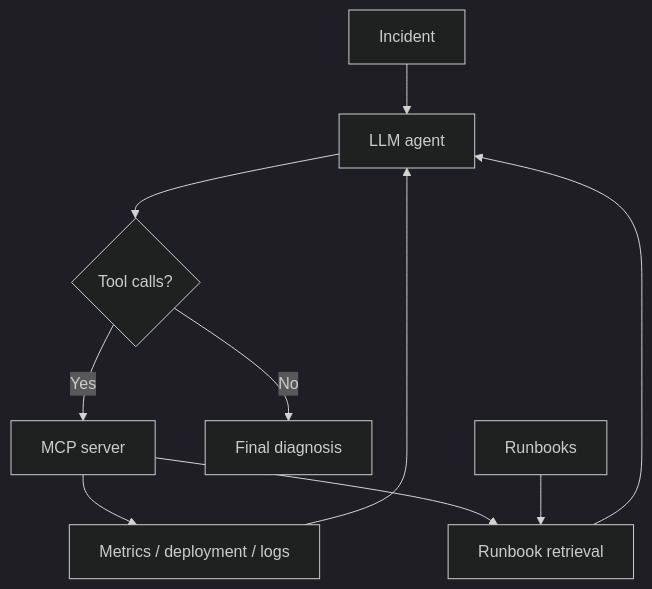
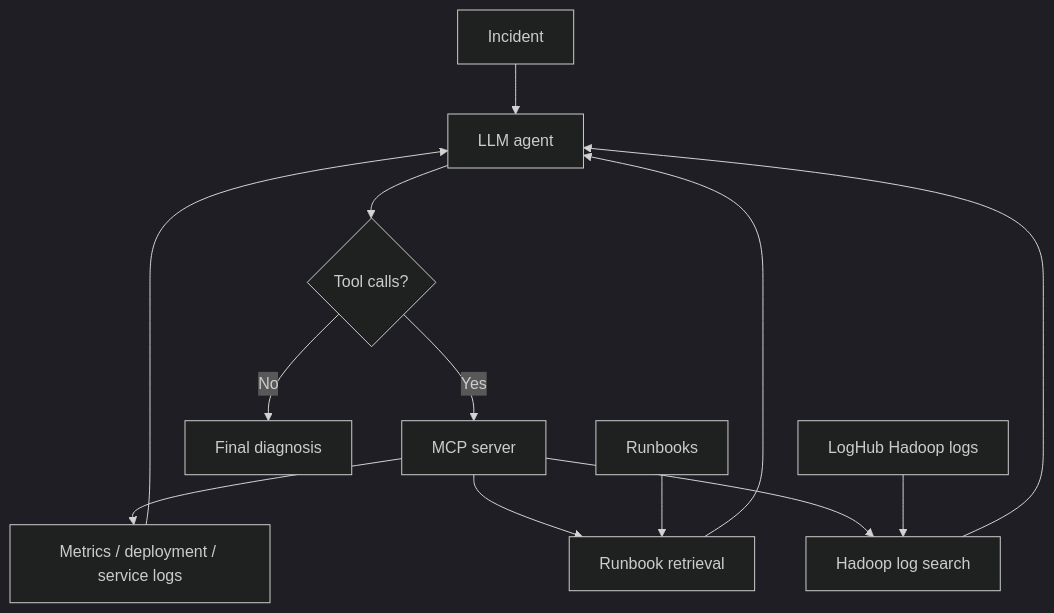
One commit to walidjalil/agentic-incident-response changed the diagram in README.md. Above: the diagram before and after it, drawn with Mermaid (dark theme). The commit also changed other lines of this file, not shown here.

````diff
--- a/README.md
+++ b/README.md
@@ -67,12 +94,15 @@
 ```mermaid
 flowchart TD
     A[Incident] --> B[LLM agent]
     B --> C{Tool calls?}
     C -->|Yes| D[MCP server]
-    D --> E[Metrics / deployment / logs]
+    D --> E[Metrics / deployment / service logs]
     D --> H[Runbook retrieval]
+    D --> I[Hadoop log search]
     E --> B
     H --> B
+    I --> B
     C -->|No| F[Final diagnosis]
     G[Runbooks] --> H
+    J[LogHub Hadoop logs] --> I
 ```
````
